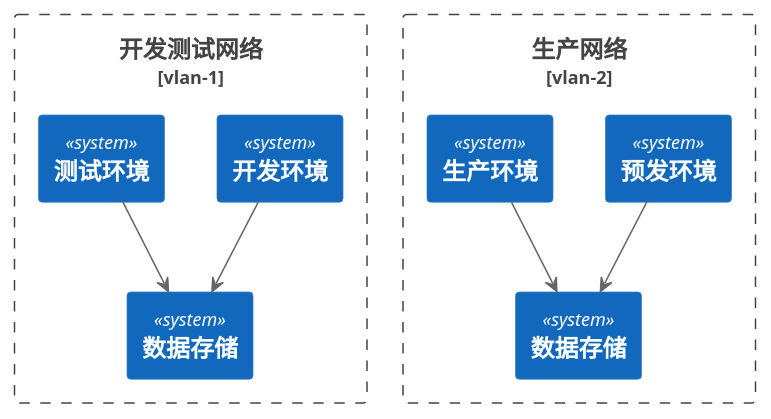
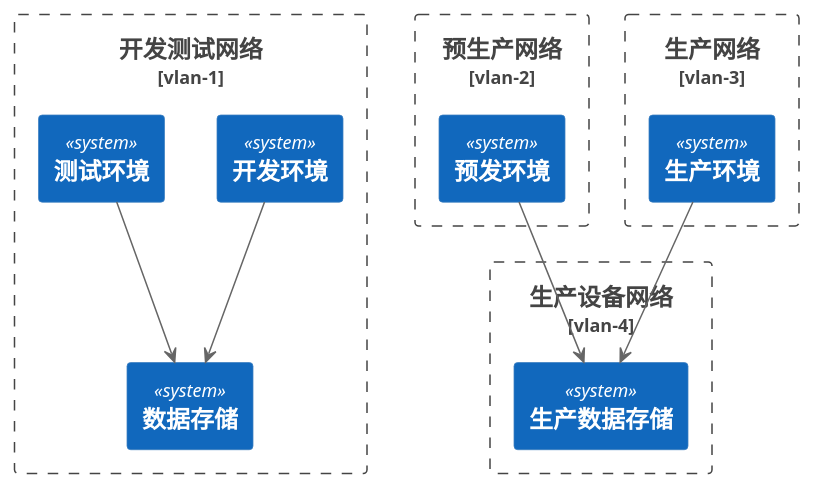
One commit to gardenerframework/impatiens changed the first of 2 diagrams in 研发标准化/整体环境的概要规划/readme.md. Above: the diagram before and after it, drawn with PlantUML. The commit also changed other lines of this file and 1 other file, not shown here.

````diff
--- a/研发标准化/整体环境的概要规划/readme.md
+++ b/研发标准化/整体环境的概要规划/readme.md
@@ -3,24 +3,29 @@
 ```plantuml
 @startuml
 !include  https://plantuml.s3.cn-north-1.jdcloud-oss.com/C4_Container.puml
 
 Boundary(开发测试网络, 开发测试网络, vlan-1) {
     System(开发环境, 开发环境)
     System(测试环境, 测试环境)
     System(数据存储, 数据存储)
     
     开发环境 -d-> 数据存储
     测试环境 -d-> 数据存储
 }
 
-Boundary(生产网络, 生产网络, vlan-2) {
+Boundary(预生产网络, 预生产网络, vlan-2) {
     System(预发环境, 预发环境)
-    System(生产环境, 生产环境)
-    System(生产数据存储, 数据存储)
-    
-    预发环境 -d-> 生产数据存储
-    生产环境 -d-> 生产数据存储
 }
 
+Boundary(生产网络, 生产网络, vlan-3) {
+    System(生产环境, 生产环境)
+}
+
+Boundary(生产设备网络, 生产设备网络, vlan-4) {
+    System(生产数据存储, 生产数据存储)
+}
+
+预发环境 -d-> 生产数据存储
+生产环境 -d-> 生产数据存储
 @enduml
 ```
````
